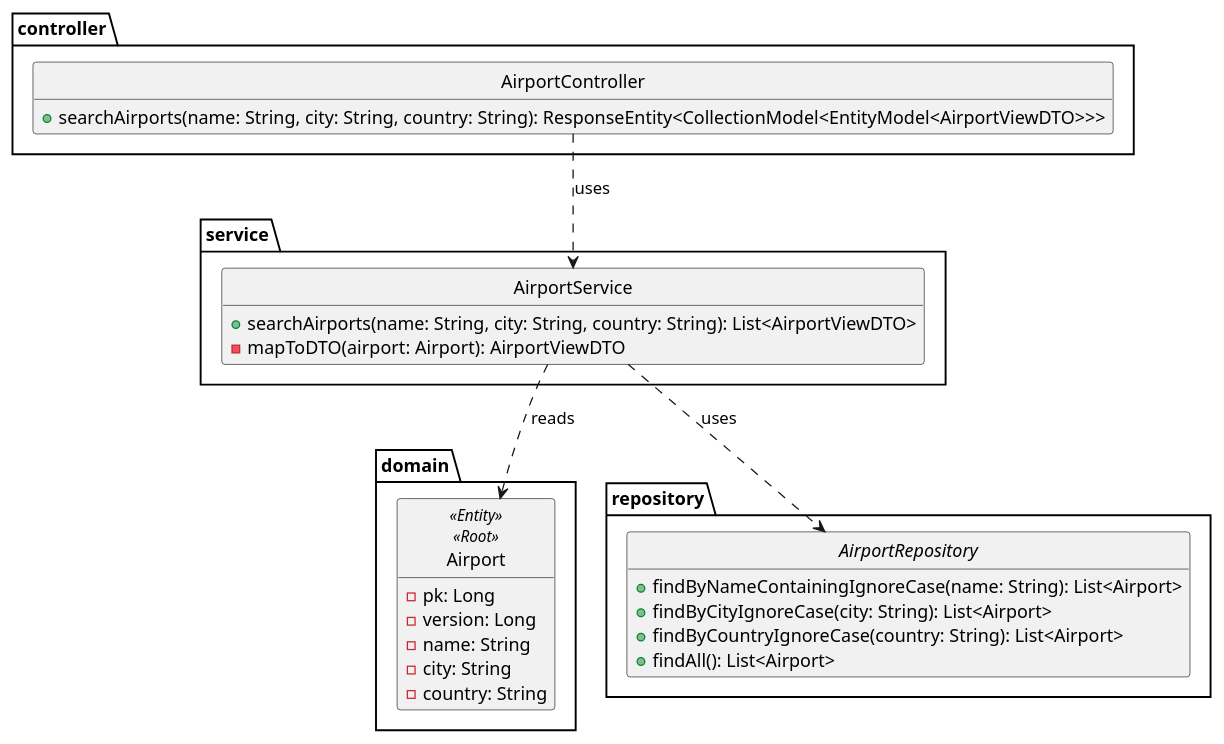
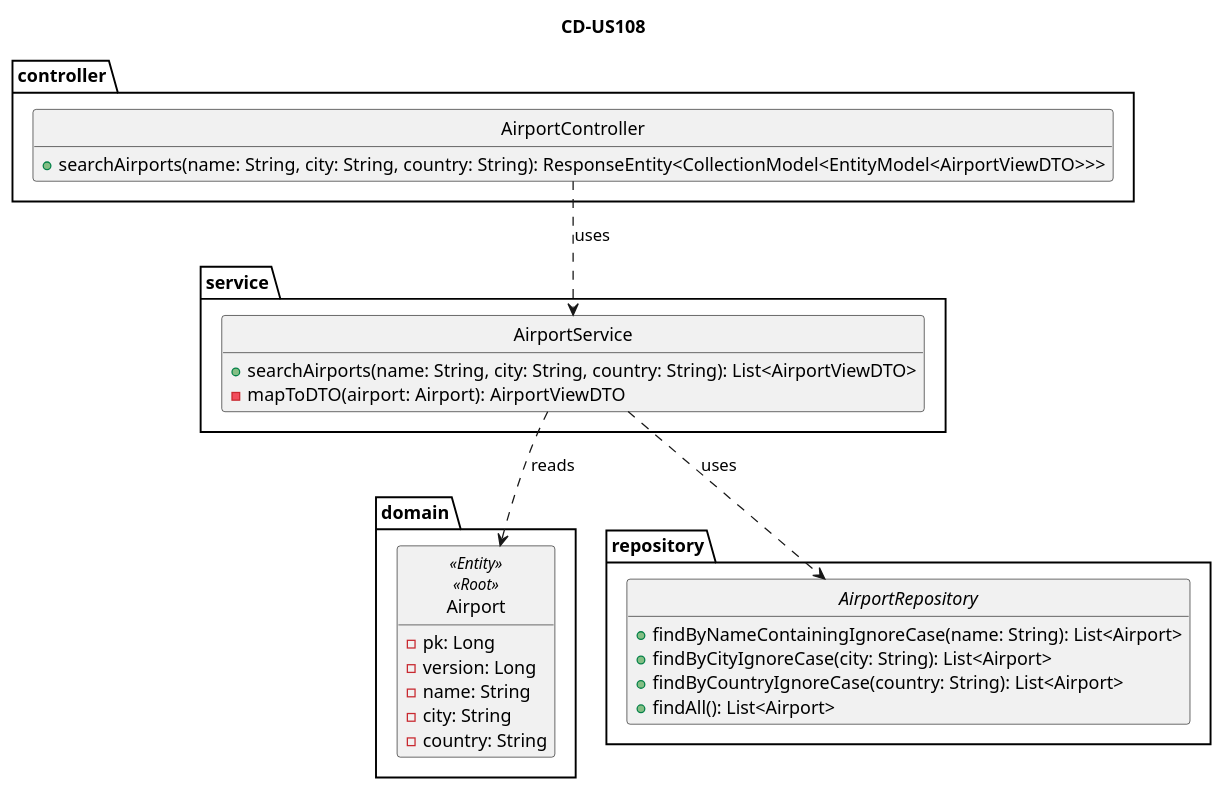
Before and after one commit to anamartasilvaa/PSOFT_AISafe_Flight: the diagram in docs/WP#2A-Airports/US108/US108-CD.puml, drawn with PlantUML. The commit also changed 39 other files, not shown here.

Commit message:
Títulos nos diagramas

```diff
--- a/docs/WP#2A-Airports/US108/US108-CD.puml
+++ b/docs/WP#2A-Airports/US108/US108-CD.puml
@@ -1,40 +1,41 @@
 @startuml
 skinparam style strictuml
 hide empty members
+title CD-US108
 
 package controller {
     class AirportController {
         + searchAirports(name: String, city: String, country: String): ResponseEntity<CollectionModel<EntityModel<AirportViewDTO>>>
     }
 }
 
 package service {
     class AirportService {
         + searchAirports(name: String, city: String, country: String): List<AirportViewDTO>
         - mapToDTO(airport: Airport): AirportViewDTO
     }
 }
 
 package domain {
     class Airport <<Entity>> <<Root>> {
         - pk: Long
         - version: Long
         - name: String
         - city: String
         - country: String
     }
 }
 
 package repository {
     interface AirportRepository {
         + findByNameContainingIgnoreCase(name: String): List<Airport>
         + findByCityIgnoreCase(city: String): List<Airport>
         + findByCountryIgnoreCase(country: String): List<Airport>
         + findAll(): List<Airport>
     }
 }
 
 AirportController ..> AirportService : uses
 AirportService ..> AirportRepository : uses
 AirportService ..> Airport : reads
 @enduml
```
